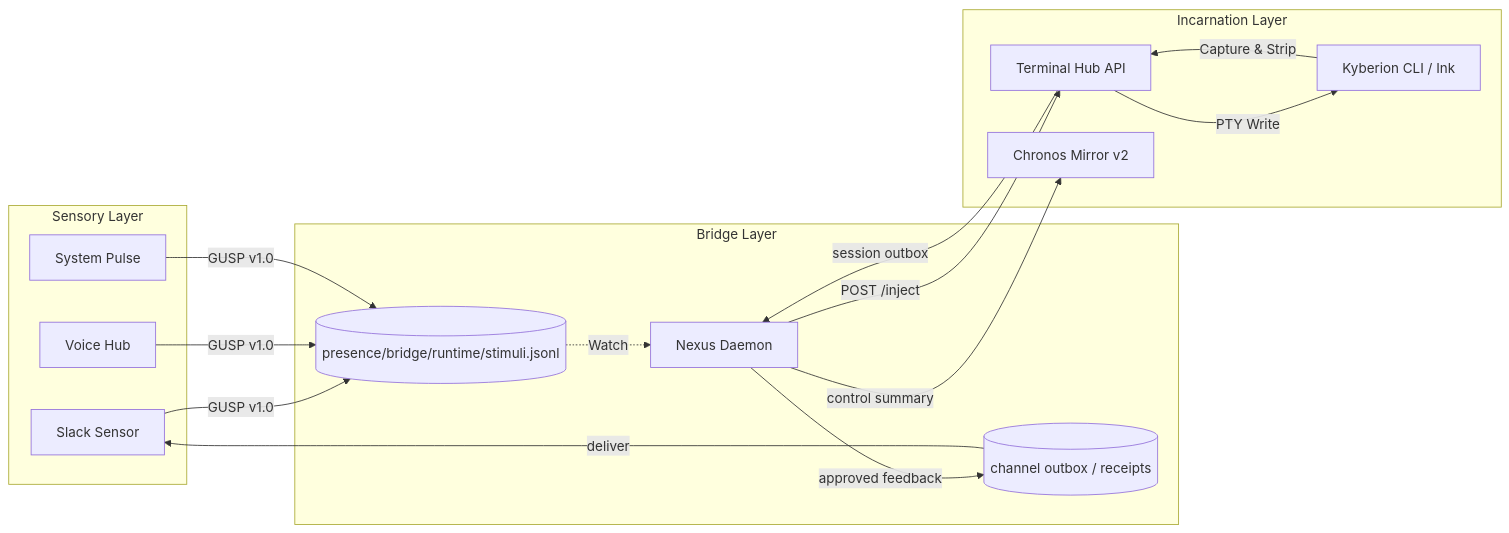
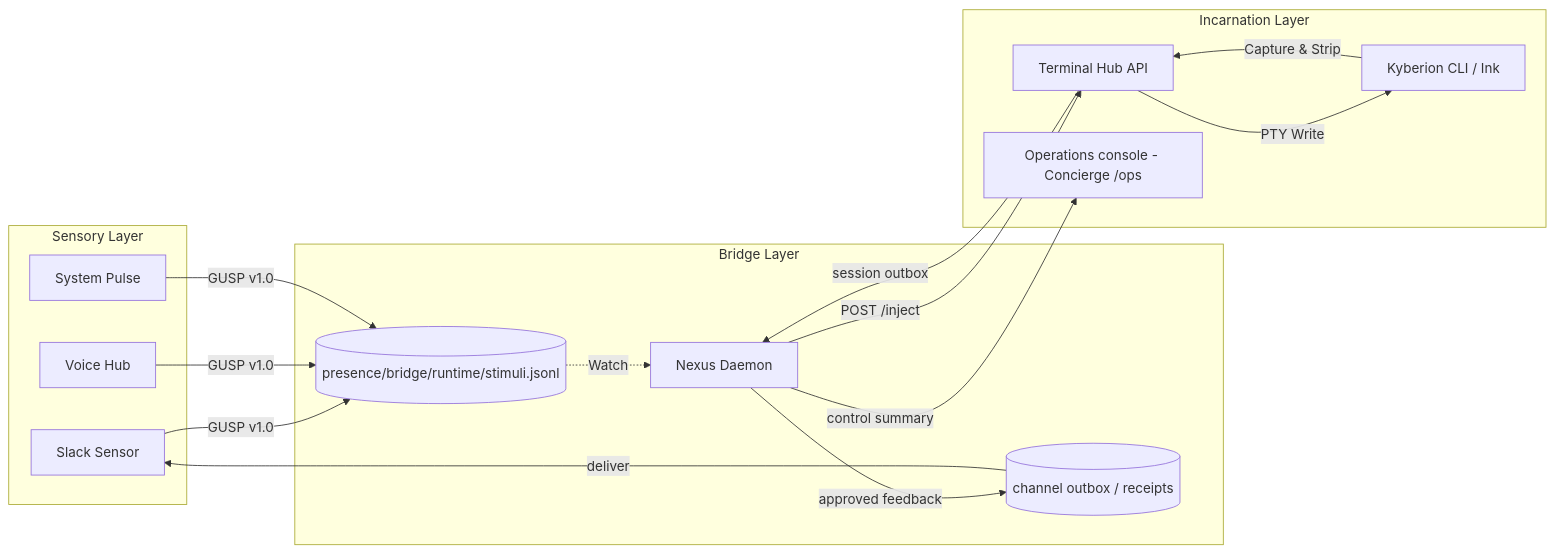
Before and after one commit to famaoai-creator/kyberion: the diagram in knowledge/product/architecture/sensory-bridge-protocol.md, drawn with Mermaid. The commit also changed other lines of this file and 46 other files, not shown here.

First line of the commit message:
docs: describe the operations console at Concierge /ops after the Chronos consolidation

````diff
--- a/knowledge/product/architecture/sensory-bridge-protocol.md
+++ b/knowledge/product/architecture/sensory-bridge-protocol.md
@@ -19,30 +19,30 @@
 ```mermaid
 graph LR
     subgraph Sensors [Sensory Layer]
         S1[Slack Sensor]
         S2[Voice Hub]
         S3[System Pulse]
     end
 
     subgraph Nerve [Bridge Layer]
         B1[(presence/bridge/runtime/stimuli.jsonl)]
         B2[Nexus Daemon]
         B3[(channel outbox / receipts)]
     end
 
     subgraph Hub [Incarnation Layer]
         H1[Terminal Hub API]
         H2[Kyberion CLI / Ink]
-        H3[Chronos Mirror v2]
+        H3[Operations console - Concierge /ops]
     end
 
     S1 & S2 & S3 -->|GUSP v1.0| B1
     B1 -.->|Watch| B2
     B2 -->|POST /inject| H1
     B2 -->|control summary| H3
     H1 -->|PTY Write| H2
     H2 -->|Capture & Strip| H1
     H1 -->|session outbox| B2
     B2 -->|approved feedback| B3
     B3 -->|deliver| S1
 ```
````
